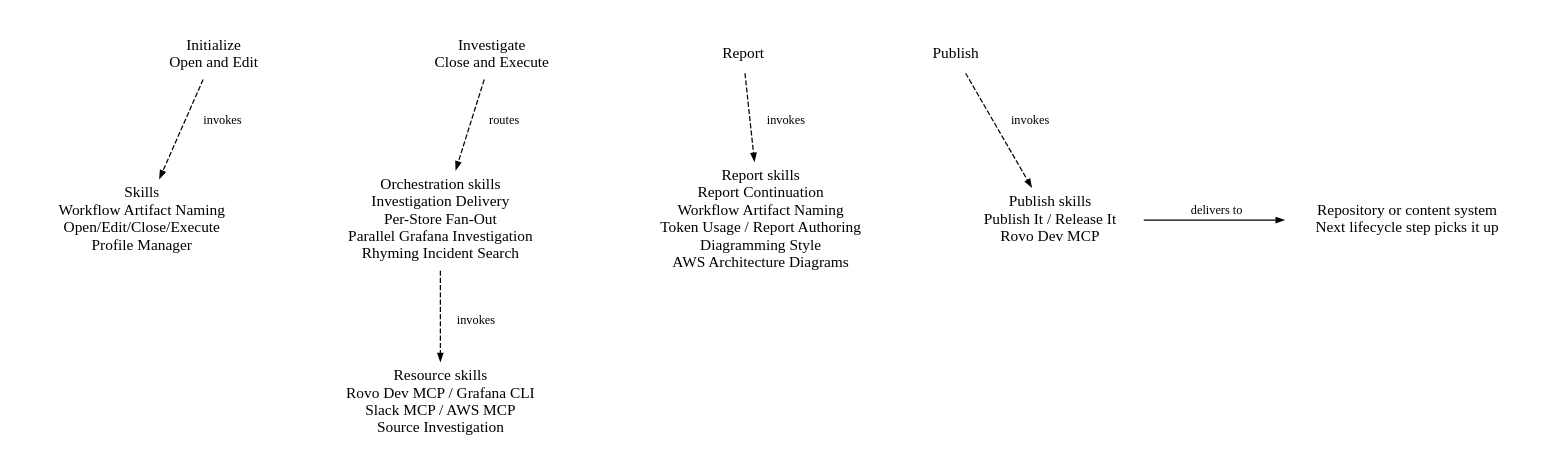
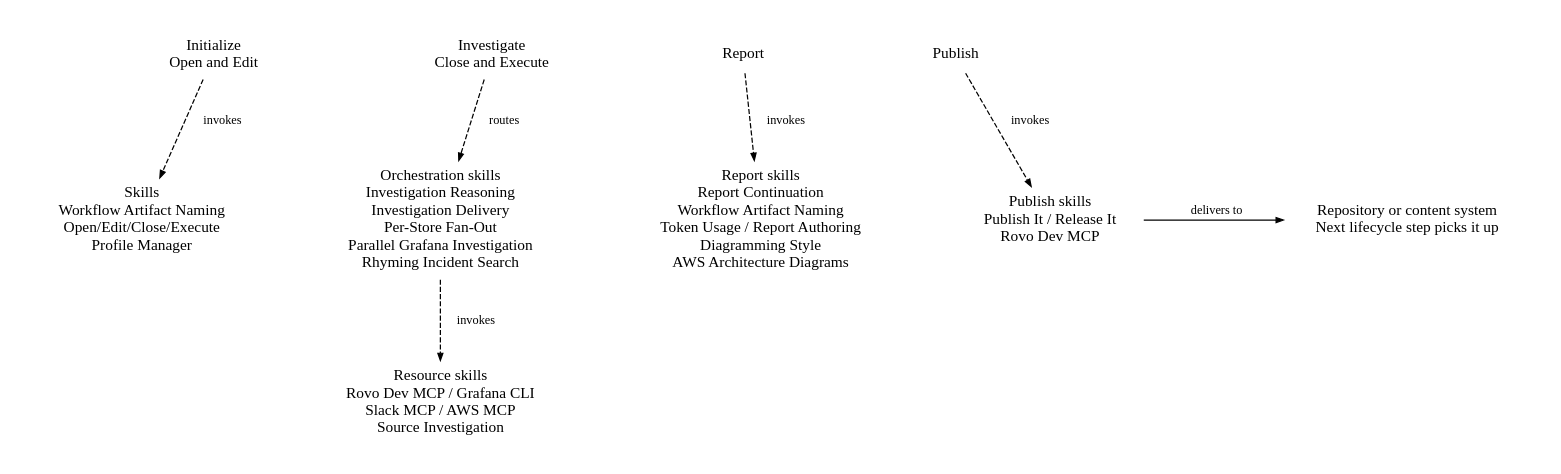
Before and after one commit to orenlion1/investigation-skills: the diagram in diagrams/DIAGRAM-investigation-skill-routing.dot, drawn with Graphviz. The commit also changed 19 other files, not shown here.

First line of the commit message:
Add investigation reasoning and profile behavior onset (#118)

```diff
--- a/diagrams/DIAGRAM-investigation-skill-routing.dot
+++ b/diagrams/DIAGRAM-investigation-skill-routing.dot
@@ -1,36 +1,36 @@
 // Independent skill routes; peer placement is not an execution-order edge.
 // Coverage manifest, checked by the carried docs-contract check against the root routing table:
 // workflow-artifact-naming, open-edit-close-execute, profile-manager, token-usage,
-// investigation-delivery, report-continuation, diagramming-style, report-authoring, source-investigation, publish-it, rovo-dev-mcp,
+// investigation-reasoning, investigation-delivery, report-continuation, diagramming-style, report-authoring, source-investigation, publish-it, rovo-dev-mcp,
 // aws-mcp, aws-architecture-diagrams, gcx-cli, slack-mcp, rhyming-incident-search,
 // per-store-fan-out, parallel-grafana-investigation, release-it, skill-ownership.
 // skill-ownership governs this repository rather than an investigation step, so it has no node.
 // Activity labels carry the Open/Edit/Close/Execute mode they run in, matching
 // the lifecycle view. Dashed edges invoke or route; the solid edge delivers.
 digraph InvestigationSkillRouting {
   graph [rankdir=TB, margin=0, pad=0.3, nodesep=0.85, ranksep=0.9,
          fontname="Trebuchet MS", fontsize=15, splines=polyline];
   node [shape=plaintext, fontname="Trebuchet MS", fontsize=15, margin="0.25,0.10"];
   edge [fontname="Trebuchet MS", fontsize=12, arrowsize=0.7, penwidth=1.2];
 
   initialize [label="Initialize\nOpen and Edit"];
   investigate [label="Investigate\nClose and Execute"];
   report [label="Report"];
   publish [label="Publish"];
   setup_skills [label="Skills\nWorkflow Artifact Naming\nOpen/Edit/Close/Execute\nProfile Manager"];
-  orchestration_skills [label="Orchestration skills\nInvestigation Delivery\nPer-Store Fan-Out\nParallel Grafana Investigation\nRhyming Incident Search"];
+  orchestration_skills [label="Orchestration skills\nInvestigation Reasoning\nInvestigation Delivery\nPer-Store Fan-Out\nParallel Grafana Investigation\nRhyming Incident Search"];
   resource_skills [label="Resource skills\nRovo Dev MCP / Grafana CLI\nSlack MCP / AWS MCP\nSource Investigation"];
   report_skills [label="Report skills\nReport Continuation\nWorkflow Artifact Naming\nToken Usage / Report Authoring\nDiagramming Style\nAWS Architecture Diagrams"];
   publish_skills [label="Publish skills\nPublish It / Release It\nRovo Dev MCP"];
   destination [label="Repository or content system\nNext lifecycle step picks it up"];
 
   { rank=same; initialize; investigate; report; publish; }
   { rank=same; setup_skills; orchestration_skills; report_skills; publish_skills; destination; }
   initialize -> investigate -> report -> publish [style=invis, weight=100];
   initialize -> setup_skills [label=<<TABLE BORDER="0" CELLBORDER="0" CELLSPACING="0" CELLPADDING="0"><TR><TD WIDTH="16"></TD><TD>invokes</TD></TR></TABLE>>, style=dashed];
   investigate -> orchestration_skills [label=<<TABLE BORDER="0" CELLBORDER="0" CELLSPACING="0" CELLPADDING="0"><TR><TD WIDTH="16"></TD><TD>routes</TD></TR></TABLE>>, style=dashed];
   orchestration_skills -> resource_skills [label=<<TABLE BORDER="0" CELLBORDER="0" CELLSPACING="0" CELLPADDING="0"><TR><TD WIDTH="16"></TD><TD>invokes</TD></TR></TABLE>>, style=dashed];
   report -> report_skills [label=<<TABLE BORDER="0" CELLBORDER="0" CELLSPACING="0" CELLPADDING="0"><TR><TD WIDTH="16"></TD><TD>invokes</TD></TR></TABLE>>, style=dashed];
   publish -> publish_skills [label=<<TABLE BORDER="0" CELLBORDER="0" CELLSPACING="0" CELLPADDING="0"><TR><TD WIDTH="16"></TD><TD>invokes</TD></TR></TABLE>>, style=dashed];
   publish_skills -> destination [label=<<TABLE BORDER="0" CELLBORDER="0" CELLSPACING="0" CELLPADDING="0"><TR><TD WIDTH="16"></TD><TD>delivers to</TD></TR></TABLE>>];
 }
```
